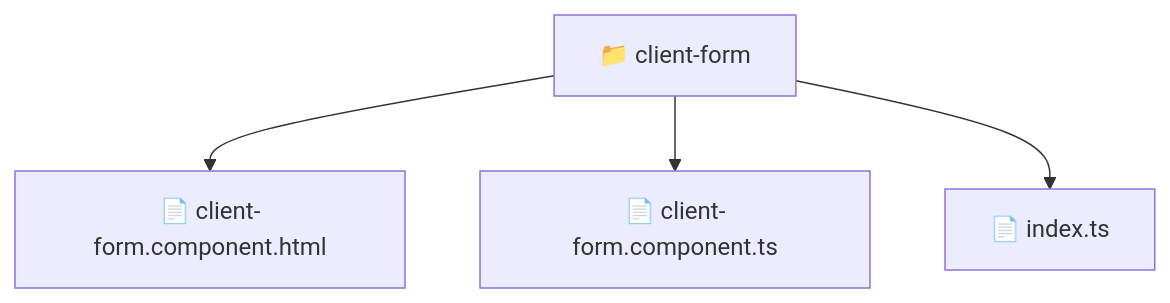
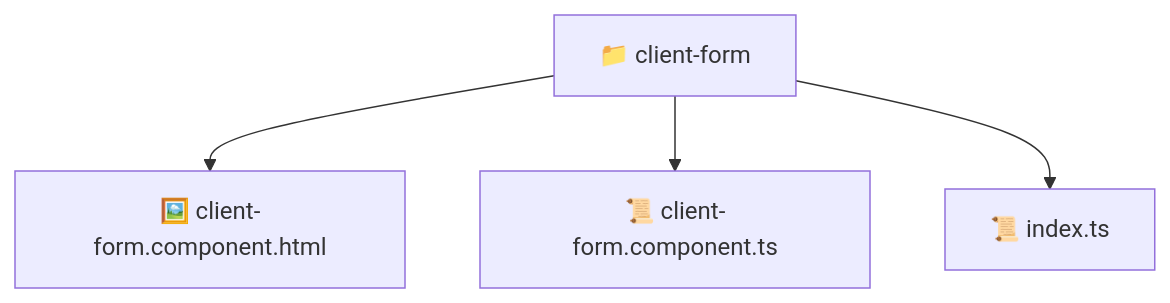
Before and after one commit to beginwebdev2002/fullstack-mavluda: the diagram in frontend/src/features/client-form/README.md, drawn with Mermaid. The commit also changed other lines of this file and 163 other files, not shown here.

````diff
--- a/frontend/src/features/client-form/README.md
+++ b/frontend/src/features/client-form/README.md
@@ -11,7 +11,7 @@
 ```mermaid
 graph TD
-  Root["📁 client-form"]
-  Root --> client_form_component_html["📄 client-form.component.html"]
-  Root --> client_form_component_ts["📄 client-form.component.ts"]
-  Root --> index_ts["📄 index.ts"]
+  client_form["📁 client-form"]
+  client_form --> client_form_component_html["🖼️ client-form.component.html"]
+  client_form --> client_form_component_ts["📜 client-form.component.ts"]
+  client_form --> index_ts["📜 index.ts"]
 ```
````
